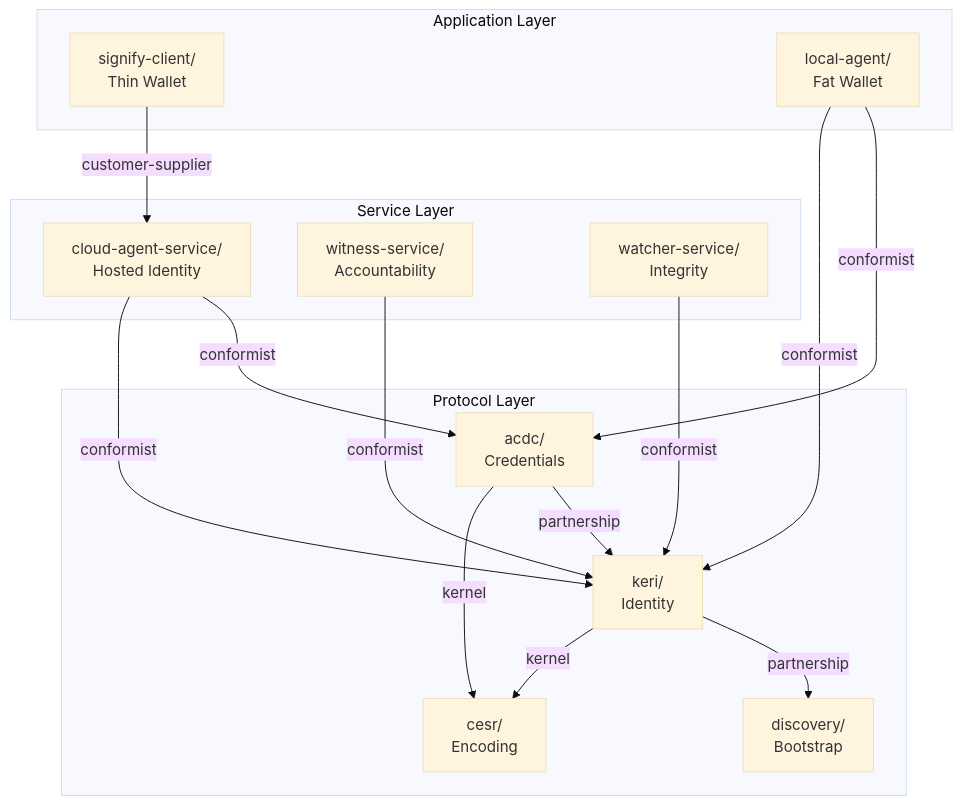
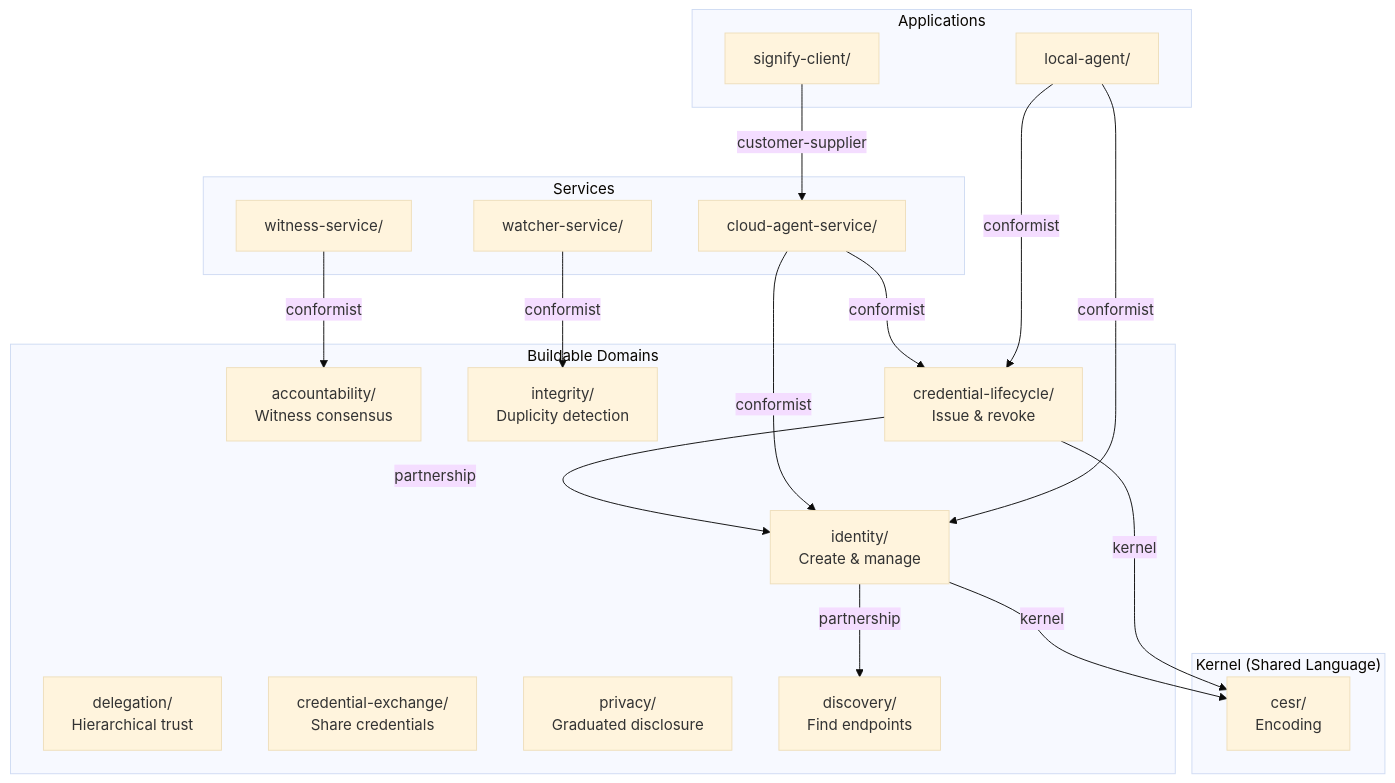
The first of 3 diagrams in README.md (seriouscoderone/keri-claude), drawn with Mermaid (base theme) before and after one commit. The commit also changed other lines of this file and 353 other files, not shown here.

First line of the commit message:
Flatten domain hierarchy: remove keri/ and acdc/ parent containers

````diff
--- a/README.md
+++ b/README.md
@@ -30,34 +30,42 @@
 ```mermaid
 graph TB
-    subgraph Protocol["Protocol Layer"]
+    subgraph Kernel["Kernel (Shared Language)"]
         CESR["cesr/<br/>Encoding"]
-        KERI["keri/<br/>Identity"]
-        ACDC["acdc/<br/>Credentials"]
-        DISC["discovery/<br/>Bootstrap"]
     end
 
-    subgraph Service["Service Layer"]
-        CAS["cloud-agent-service/<br/>Hosted Identity"]
-        WIT["witness-service/<br/>Accountability"]
-        WAT["watcher-service/<br/>Integrity"]
+    subgraph Domains["Buildable Domains"]
+        ID["identity/<br/>Create & manage"]
+        DEL["delegation/<br/>Hierarchical trust"]
+        ACC["accountability/<br/>Witness consensus"]
+        INT["integrity/<br/>Duplicity detection"]
+        CL["credential-lifecycle/<br/>Issue & revoke"]
+        CE["credential-exchange/<br/>Share credentials"]
+        PRV["privacy/<br/>Graduated disclosure"]
+        DISC["discovery/<br/>Find endpoints"]
     end
 
-    subgraph App["Application Layer"]
-        SIG["signify-client/<br/>Thin Wallet"]
-        LOC["local-agent/<br/>Fat Wallet"]
+    subgraph Service["Services"]
+        CAS["cloud-agent-service/"]
+        WIT["witness-service/"]
+        WAT["watcher-service/"]
     end
 
-    KERI -->|"kernel"| CESR
-    ACDC -->|"kernel"| CESR
-    ACDC -->|"partnership"| KERI
-    KERI -->|"partnership"| DISC
+    subgraph App["Applications"]
+        SIG["signify-client/"]
+        LOC["local-agent/"]
+    end
 
-    CAS -->|"conformist"| KERI
-    CAS -->|"conformist"| ACDC
-    WIT -->|"conformist"| KERI
-    WAT -->|"conformist"| KERI
+    ID -->|"kernel"| CESR
+    CL -->|"kernel"| CESR
+    ID -->|"partnership"| DISC
+    CL -->|"partnership"| ID
+
+    CAS -->|"conformist"| ID
+    CAS -->|"conformist"| CL
+    WIT -->|"conformist"| ACC
+    WAT -->|"conformist"| INT
 
     SIG -->|"customer-supplier"| CAS
-    LOC -->|"conformist"| KERI
-    LOC -->|"conformist"| ACDC
+    LOC -->|"conformist"| ID
+    LOC -->|"conformist"| CL
 ```
````
